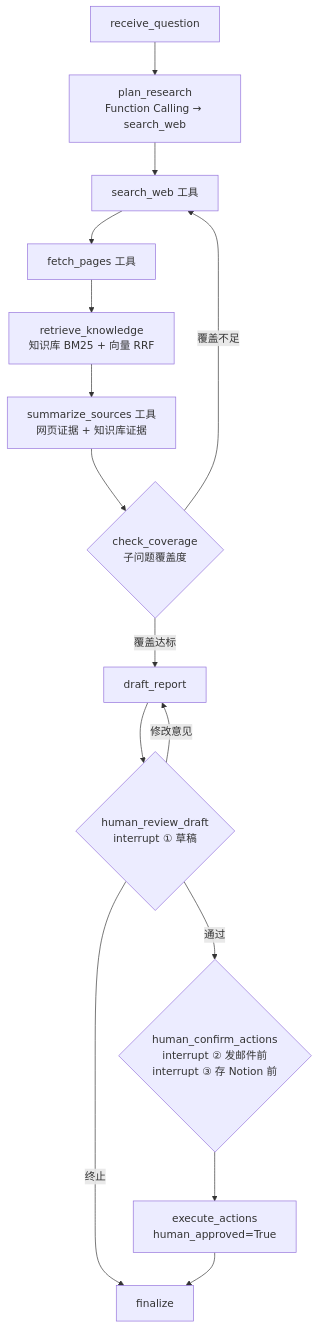
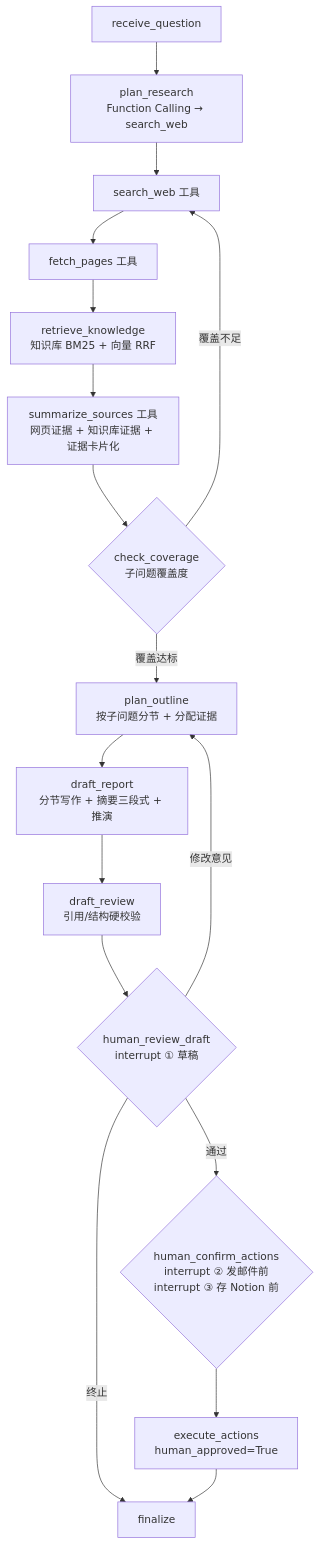
One commit to zc-hongjian/AI-yanju changed the diagram in README.md. Above: the diagram before and after it, drawn with Mermaid. The commit also changed other lines of this file and 11 other files, not shown here.

First line of the commit message:
feat: 报告质量闭环（证据卡片化 + 大纲 + 分节写作 + 引用硬校验）

````diff
--- a/README.md
+++ b/README.md
@@ -16,17 +16,19 @@
 ```mermaid
 flowchart TD
     A[receive_question] --> B[plan_research<br/>Function Calling → search_web]
     B --> C[search_web 工具]
     C --> D[fetch_pages 工具]
     D --> K[retrieve_knowledge<br/>知识库 BM25 + 向量 RRF]
-    K --> E[summarize_sources 工具<br/>网页证据 + 知识库证据]
+    K --> E[summarize_sources 工具<br/>网页证据 + 知识库证据 + 证据卡片化]
     E --> Q{check_coverage<br/>子问题覆盖度}
     Q -- 覆盖不足 --> C
-    Q -- 覆盖达标 --> F[draft_report]
-    F --> G{human_review_draft<br/>interrupt ① 草稿}
+    Q -- 覆盖达标 --> O[plan_outline<br/>按子问题分节 + 分配证据]
+    O --> F[draft_report<br/>分节写作 + 摘要三段式 + 推演]
+    F --> R[draft_review<br/>引用/结构硬校验]
+    R --> G{human_review_draft<br/>interrupt ① 草稿}
     G -- 通过 --> H{human_confirm_actions<br/>interrupt ② 发邮件前<br/>interrupt ③ 存 Notion 前}
-    G -- 修改意见 --> F
+    G -- 修改意见 --> O
     G -- 终止 --> J[finalize]
     H --> I[execute_actions<br/>human_approved=True]
     I --> J
 ```
````
